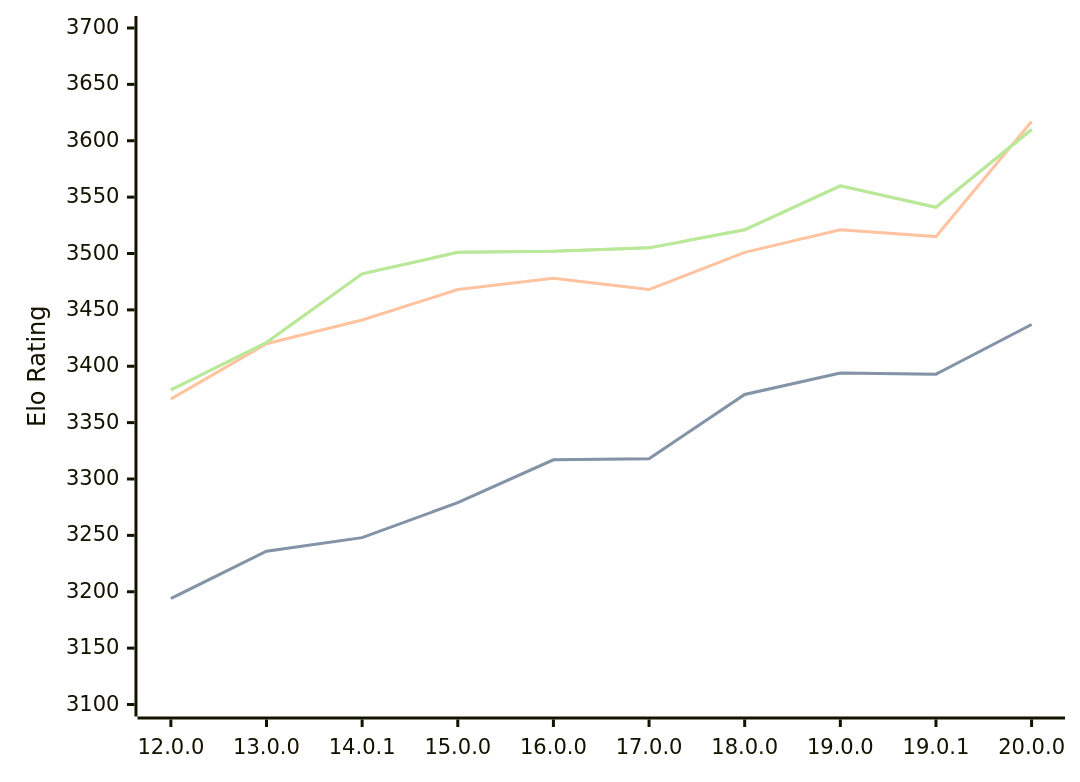
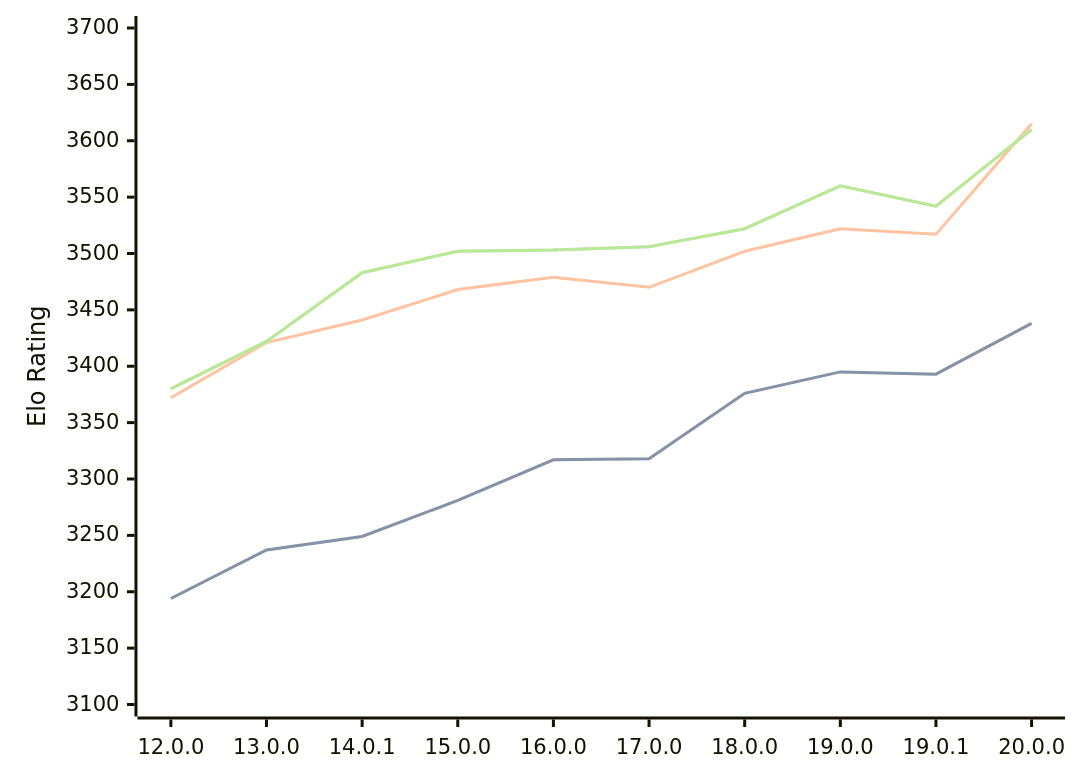
One commit to computer-chess-index/cci changed the third of 3 diagrams in engines/Viridithas.md. Above: the diagram before and after it, drawn with Mermaid. The commit also changed other lines of this file, not shown here.

Commit message:
Update CCI Ratings (ELO VLTC) - 2026-07-02

````diff
--- a/engines/Viridithas.md
+++ b/engines/Viridithas.md
@@ -97,11 +97,11 @@
 ```mermaid
 %%{init: {"theme":"base","themeVariables":{"seriesColors:['#a3a3a3','#222221','#faa371']}}}%%
 xychart-beta
   x-axis ["12.0.0", "13.0.0", "14.0.1", "15.0.0", "16.0.0", "17.0.0", "18.0.0", "19.0.0", "19.0.1", "20.0.0"]
   y-axis "Elo Rating" 3100 --> 3700
-  line "STC (8.0+0.08s)" [3194, 3236, 3248, 3279, 3317, 3318, 3375, 3394, 3393, 3437]
-  line "STC (8.0+0.08s)" [3194, 3236, 3248, 3279, 3317, 3318, 3375, 3394, 3393, 3437]
-  line "LTC (60.0+0.60s)" [3371, 3420, 3441, 3468, 3478, 3468, 3501, 3521, 3515, 3617]
-  line "VLTC (2m24s+1.12s)" [3379, 3421, 3482, 3501, 3502, 3505, 3521, 3560, 3541, 3610]
-  line "VLTC (2m24s+1.12s)" [3379, 3421, 3482, 3501, 3502, 3505, 3521, 3560, 3541, 3610]
+  line "STC (8.0+0.08s)" [3194, 3237, 3249, 3281, 3317, 3318, 3376, 3395, 3393, 3438]
+  line "STC (8.0+0.08s)" [3194, 3237, 3249, 3281, 3317, 3318, 3376, 3395, 3393, 3438]
+  line "LTC (60.0+0.60s)" [3372, 3421, 3441, 3468, 3479, 3470, 3502, 3522, 3517, 3615]
+  line "VLTC (2m24s+1.12s)" [3380, 3422, 3483, 3502, 3503, 3506, 3522, 3560, 3542, 3610]
+  line "VLTC (2m24s+1.12s)" [3380, 3422, 3483, 3502, 3503, 3506, 3522, 3560, 3542, 3610]
 ```
````
